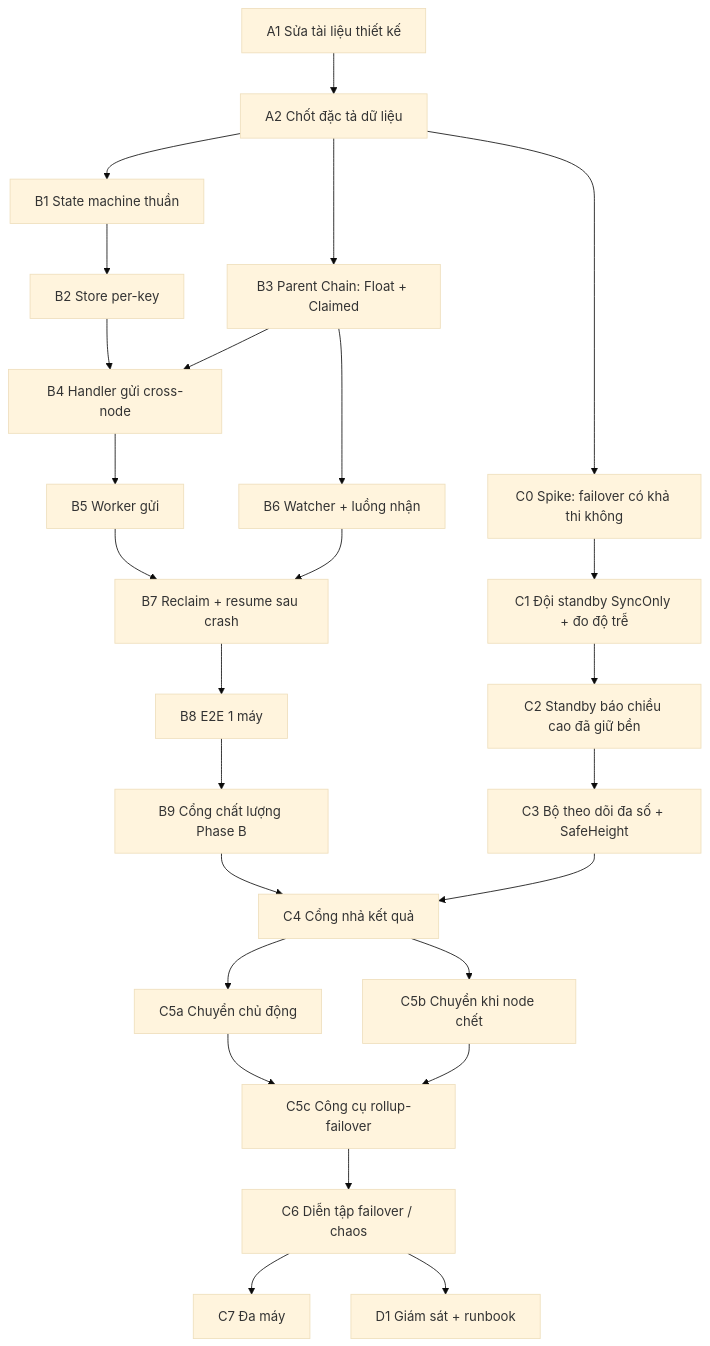
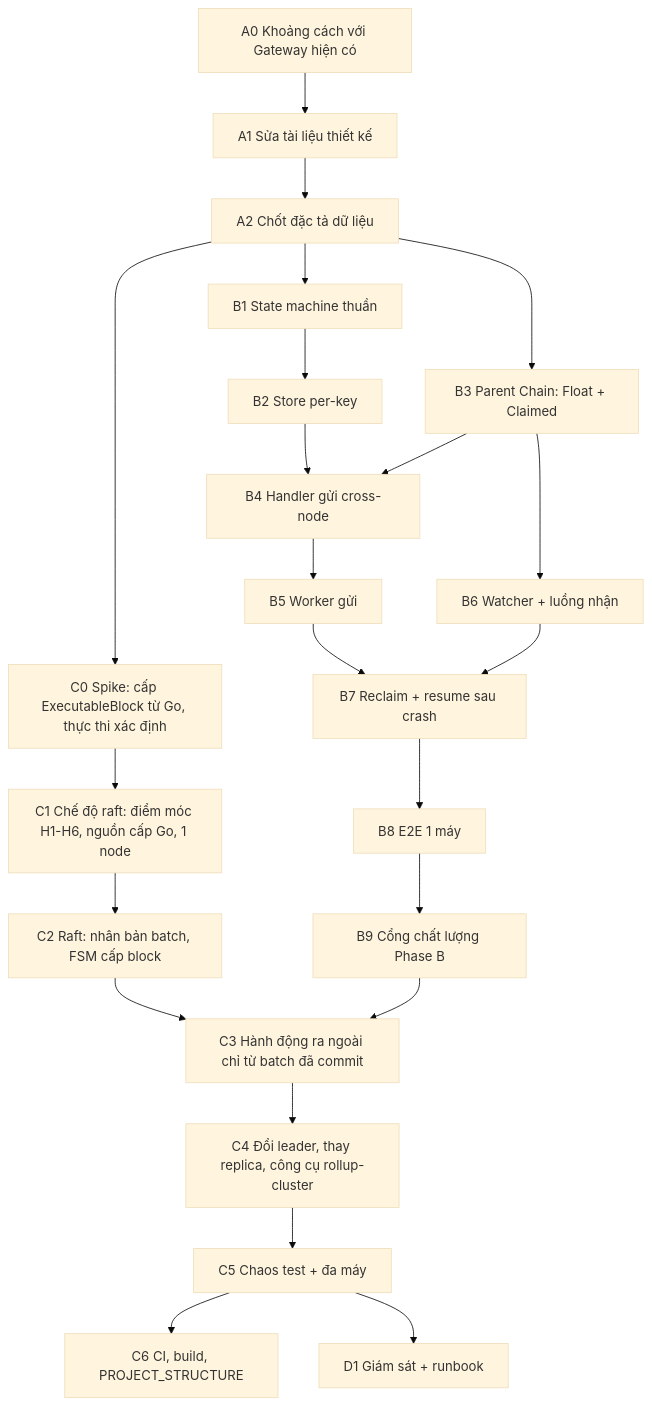
Before and after one commit to x3pi/metanode: the second of 2 diagrams in execution/pkg/rollup/SEQUENCER_STEP_BY_STEP_PLAN.md, drawn with Mermaid (base theme). The commit also changed other lines of this file and 4 other files, not shown here.

````diff
--- a/execution/pkg/rollup/SEQUENCER_STEP_BY_STEP_PLAN.md
+++ b/execution/pkg/rollup/SEQUENCER_STEP_BY_STEP_PLAN.md
@@ -41,28 +95,25 @@
 ```mermaid
 flowchart TD
-    A1[A1 Sửa tài liệu thiết kế] --> A2[A2 Chốt đặc tả dữ liệu]
-    A2 --> C0[C0 Spike: failover có khả thi không]
+    A0[A0 Khoảng cách với Gateway hiện có] --> A1[A1 Sửa tài liệu thiết kế]
+    A1 --> A2[A2 Chốt đặc tả dữ liệu]
+    A2 --> C0[C0 Spike: cấp ExecutableBlock từ Go, thực thi xác định]
     A2 --> B1[B1 State machine thuần]
     A2 --> B3[B3 Parent Chain: Float + Claimed]
     B1 --> B2[B2 Store per-key]
     B2 --> B4[B4 Handler gửi cross-node]
     B3 --> B4
     B4 --> B5[B5 Worker gửi]
     B3 --> B6[B6 Watcher + luồng nhận]
     B5 --> B7[B7 Reclaim + resume sau crash]
     B6 --> B7
     B7 --> B8[B8 E2E 1 máy]
     B8 --> B9[B9 Cổng chất lượng Phase B]
-    C0 --> C1[C1 Đội standby SyncOnly + đo độ trễ]
-    C1 --> C2[C2 Standby báo chiều cao đã giữ bền]
-    C2 --> C3[C3 Bộ theo dõi đa số + SafeHeight]
-    B9 --> C4[C4 Cổng nhả kết quả]
-    C3 --> C4
-    C4 --> C5a[C5a Chuyển chủ động]
-    C4 --> C5b[C5b Chuyển khi node chết]
-    C5a --> C5c[C5c Công cụ rollup-failover]
-    C5b --> C5c
-    C5c --> C6[C6 Diễn tập failover / chaos]
-    C6 --> C7[C7 Đa máy]
-    C6 --> D1[D1 Giám sát + runbook]
+    C0 --> C1[C1 Chế độ raft: điểm móc H1-H6, nguồn cấp Go, 1 node]
+    C1 --> C2[C2 Raft: nhân bản batch, FSM cấp block]
+    C2 --> C3[C3 Hành động ra ngoài chỉ từ batch đã commit]
+    B9 --> C3
+    C3 --> C4[C4 Đổi leader, thay replica, công cụ rollup-cluster]
+    C4 --> C5[C5 Chaos test + đa máy]
+    C5 --> C6[C6 CI, build, PROJECT_STRUCTURE]
+    C5 --> D1[D1 Giám sát + runbook]
 ```
````
